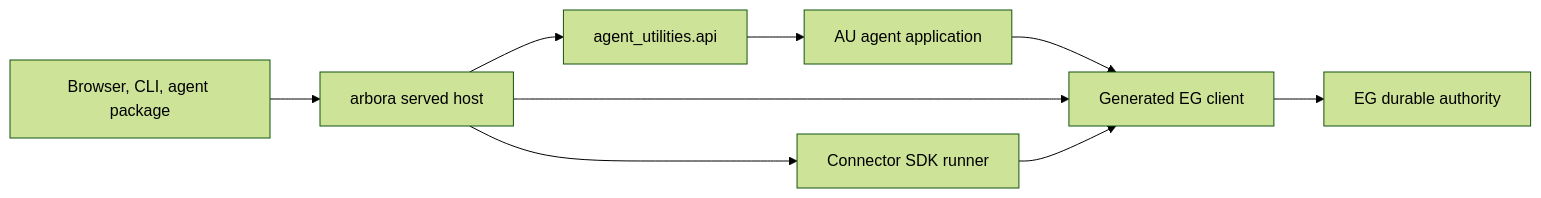
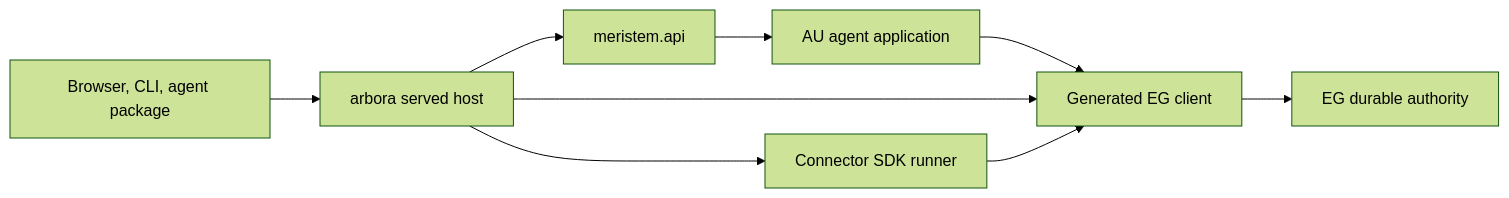
The diagram in specs/au-boundary-deconstruction/plan.md (Knuckles-Team/agent-utilities), drawn with Mermaid (forest theme) before and after one commit. The commit also changed other lines of this file and 147 other files, not shown here.

First line of the commit message:
feat!: hard-cut the package from agent_utilities to meristem

````diff
--- a/specs/au-boundary-deconstruction/plan.md
+++ b/specs/au-boundary-deconstruction/plan.md
@@ -23,11 +23,11 @@
 ```mermaid
 flowchart LR
   Client["Browser, CLI, agent package"] --> Host[arbora served host]
-  Host --> API[agent_utilities.api]
+  Host --> API[meristem.api]
   API --> App[AU agent application]
   App --> EGC[Generated EG client]
   Host --> EGC
   Host --> SDK[Connector SDK runner]
   SDK --> EGC
   EGC --> EG[EG durable authority]
 ```
````
